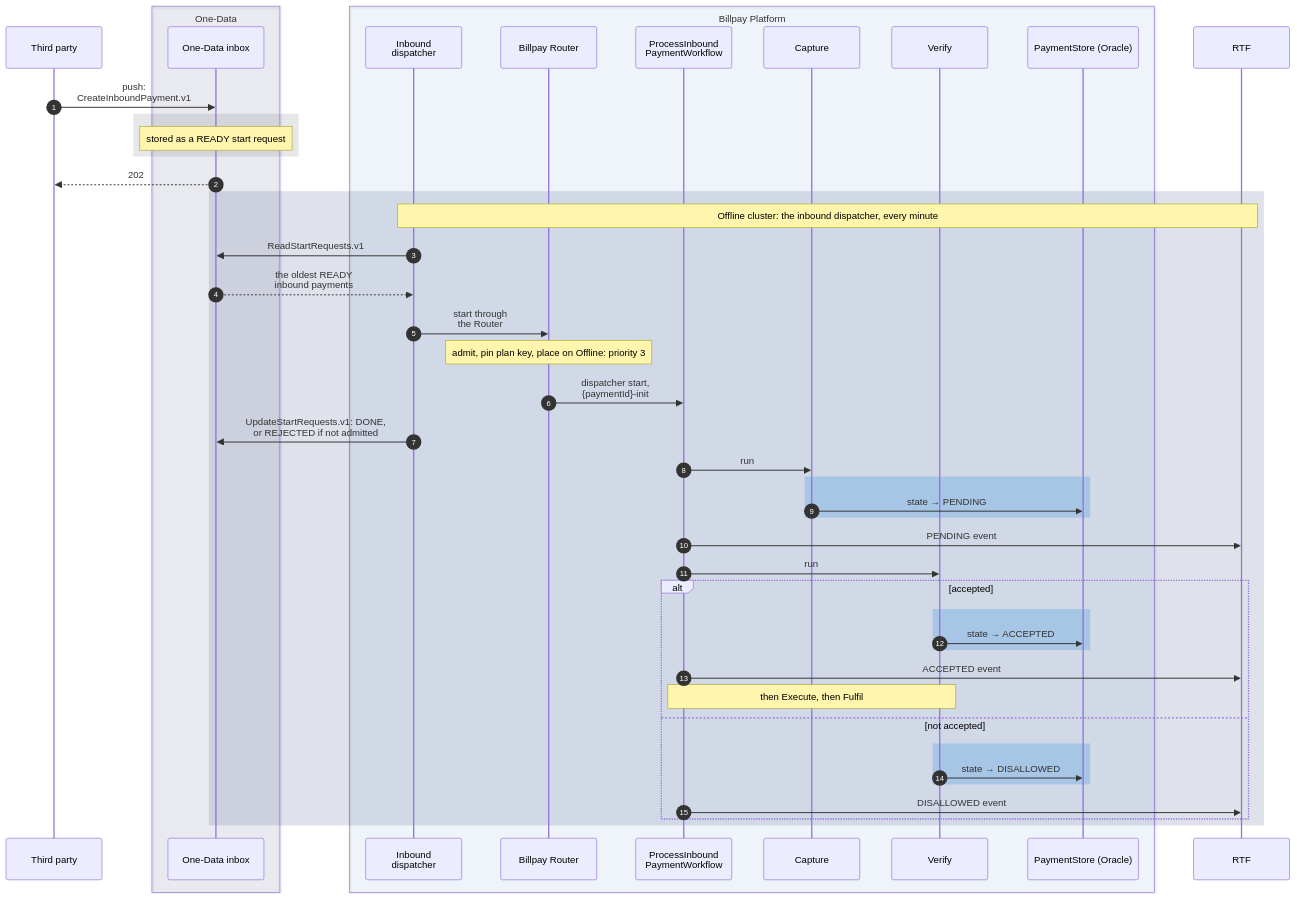
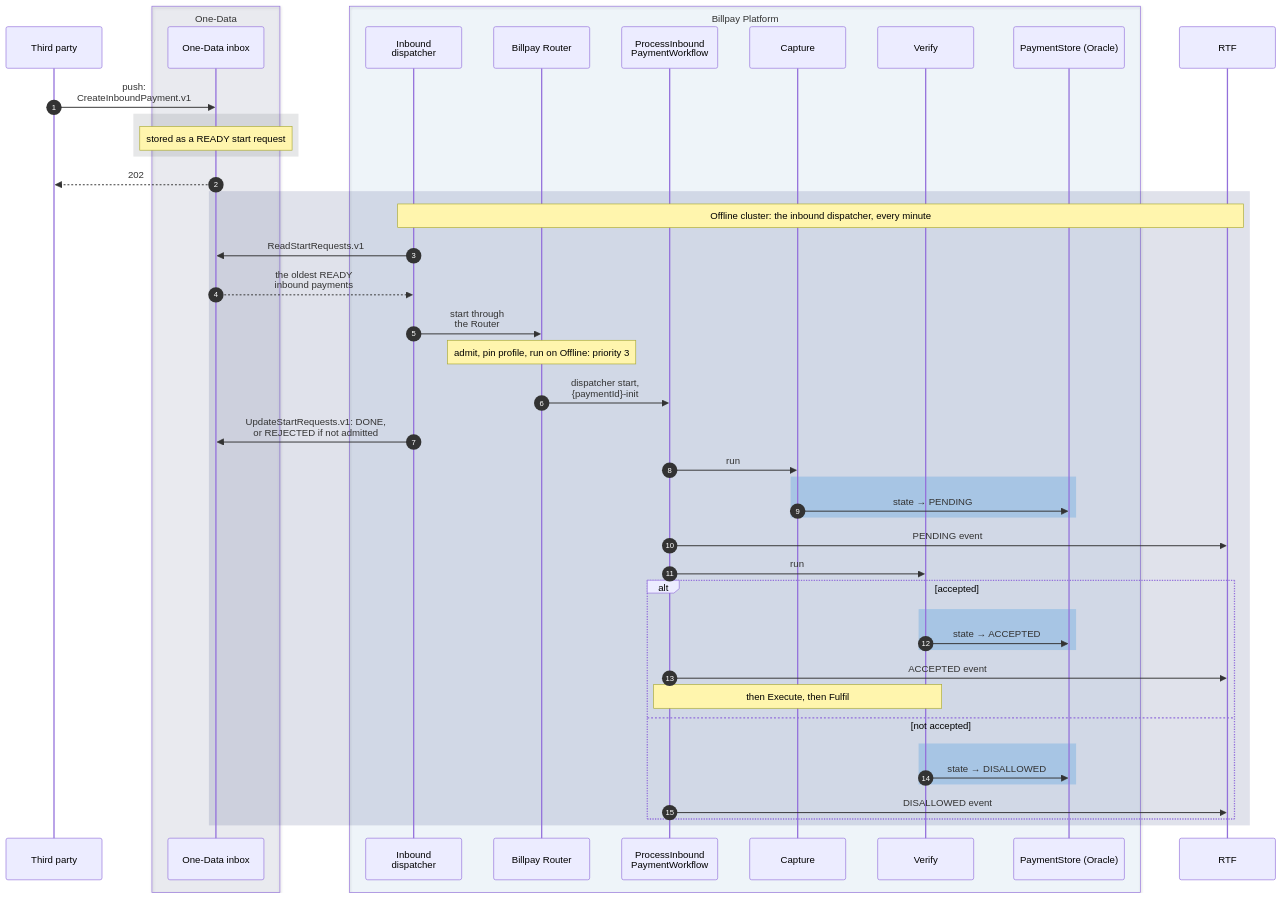
One commit to arunav-bhattacharya/billpay-book changed the ninth of 15 diagrams in website/docs/design/sequence-diagrams.md. Above: the diagram before and after it, drawn with Mermaid. The commit also changed other lines of this file and 53 other files, not shown here.

First line of the commit message:
ResolvedProfile and RunSite, journey picking, diagrams, JetBrains Mono

````diff
--- a/website/docs/design/sequence-diagrams.md
+++ b/website/docs/design/sequence-diagrams.md
@@ -600,60 +600,60 @@
 ```mermaid
 ---
 config:
   fontFamily: "BentonSansUI, Helvetica, Arial, sans-serif"
   fontSize: 15
 ---
 sequenceDiagram
   autonumber
 
   participant TP as Third party
 
   box rgba(0,23,90,0.07) One-Data
     participant IN as One-Data inbox
   end
 
   box rgba(0,111,207,0.05) Billpay Platform
     participant ID as Inbound<br/>dispatcher
     participant R as Billpay Router
     participant WF as ProcessInbound<br/>PaymentWorkflow
     participant CAP as Capture
     participant VER as Verify
     participant PS as PaymentStore (Oracle)
   end
 
   participant RTF
 
   TP->>IN: push:<br/>CreateInboundPayment.v1
   rect rgba(83,86,90,0.14)
     Note over IN: stored as a READY start request
   end
   IN-->>TP: 202
 
   rect rgba(0,23,90,0.12)
     Note over ID,RTF: Offline cluster: the inbound dispatcher, every minute
     ID->>IN: ReadStartRequests.v1
     IN-->>ID: the oldest READY<br/>inbound payments
     ID->>R: start through<br/>the Router
-    Note over R: admit, pin plan key, place on Offline: priority 3
+    Note over R: admit, pin profile, run on Offline: priority 3
     R->>WF: dispatcher start,<br/>{paymentId}-init
     ID->>IN: UpdateStartRequests.v1: DONE,<br/>or REJECTED if not admitted
     WF->>CAP: run
     rect rgba(102,169,226,0.40)
       CAP->>PS: state → PENDING
     end
     WF->>RTF: PENDING event
     WF->>VER: run
     alt accepted
       rect rgba(102,169,226,0.40)
         VER->>PS: state → ACCEPTED
       end
       WF->>RTF: ACCEPTED event
       Note over WF,VER: then Execute, then Fulfil
     else not accepted
       rect rgba(102,169,226,0.40)
         VER->>PS: state → DISALLOWED
       end
       WF->>RTF: DISALLOWED event
     end
   end
 ```
````
